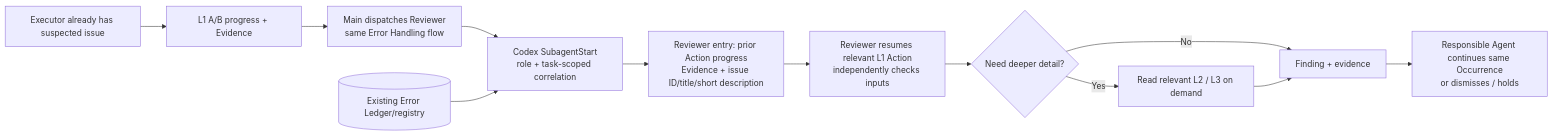
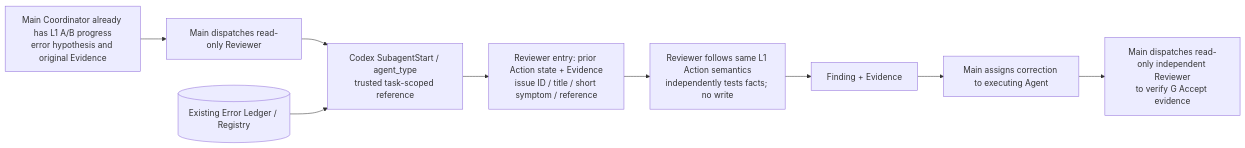
Before and after one commit to dyphn1/Harness-everything: the third of 3 diagrams in docs/discussions/error-hook-framework/codex.md, drawn with Mermaid. The commit also changed other lines of this file, not shown here.

Commit message:
docs(hooks): Codex coordinator mandatory read-only reviewer and G verification (#439)

````diff
--- a/docs/discussions/error-hook-framework/codex.md
+++ b/docs/discussions/error-hook-framework/codex.md
@@ -86,14 +95,11 @@
 ```mermaid
 flowchart LR
-  OBS["Executor already has suspected issue"] --> AB["L1 A/B progress + Evidence"]
-  AB --> DP["Main dispatches Reviewer<br/>same Error Handling flow"]
-  DP --> SELECT["Codex SubagentStart<br/>role + task-scoped correlation"]
-  LEDGER[("Existing Error Ledger/registry")] --> SELECT
-  SELECT --> CTX["Reviewer entry: prior Action progress<br/>Evidence + issue ID/title/short description"]
-  CTX --> R["Reviewer resumes relevant L1 Action<br/>independently checks inputs"]
-  R --> MORE{"Need deeper detail?"}
-  MORE -->|Yes| L2["Read relevant L2 / L3 on demand"]
-  MORE -->|No| F["Finding + evidence"]
-  L2 --> F
-  F --> OWNER["Responsible Agent continues same Occurrence<br/>or dismisses / holds"]
+  AB["Main Coordinator already has L1 A/B progress<br/>error hypothesis and original Evidence"] --> DP["Main dispatches read-only Reviewer"]
+  DP --> SUB["Codex SubagentStart / agent_type<br/>trusted task-scoped reference"]
+  LEDGER[("Existing Error Ledger / Registry")] --> SUB
+  SUB --> CONTEXT["Reviewer entry: prior Action state + Evidence<br/>issue ID / title / short symptom / reference"]
+  CONTEXT --> R["Reviewer follows same L1 Action semantics<br/>independently tests facts; no write"]
+  R --> FIND["Finding + Evidence"]
+  FIND --> MAIN["Main assigns correction to executing Agent"]
+  MAIN --> ACCEPT["Main dispatches read-only independent Reviewer<br/>to verify G Accept evidence"]
 ```
````
